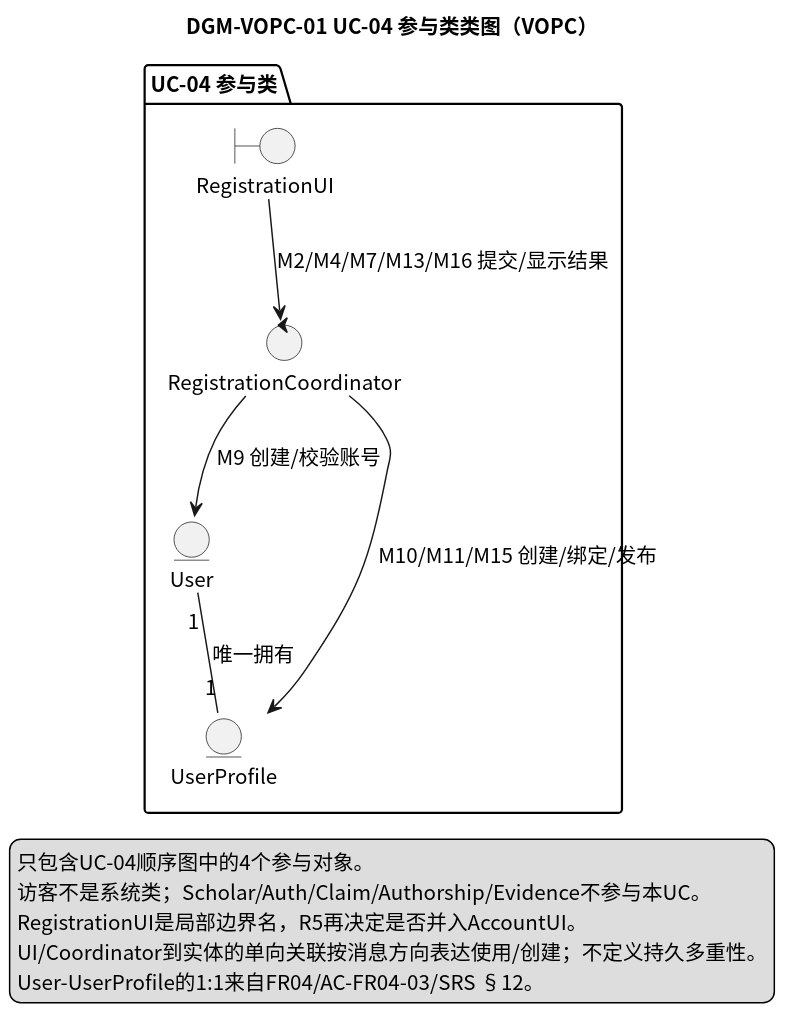
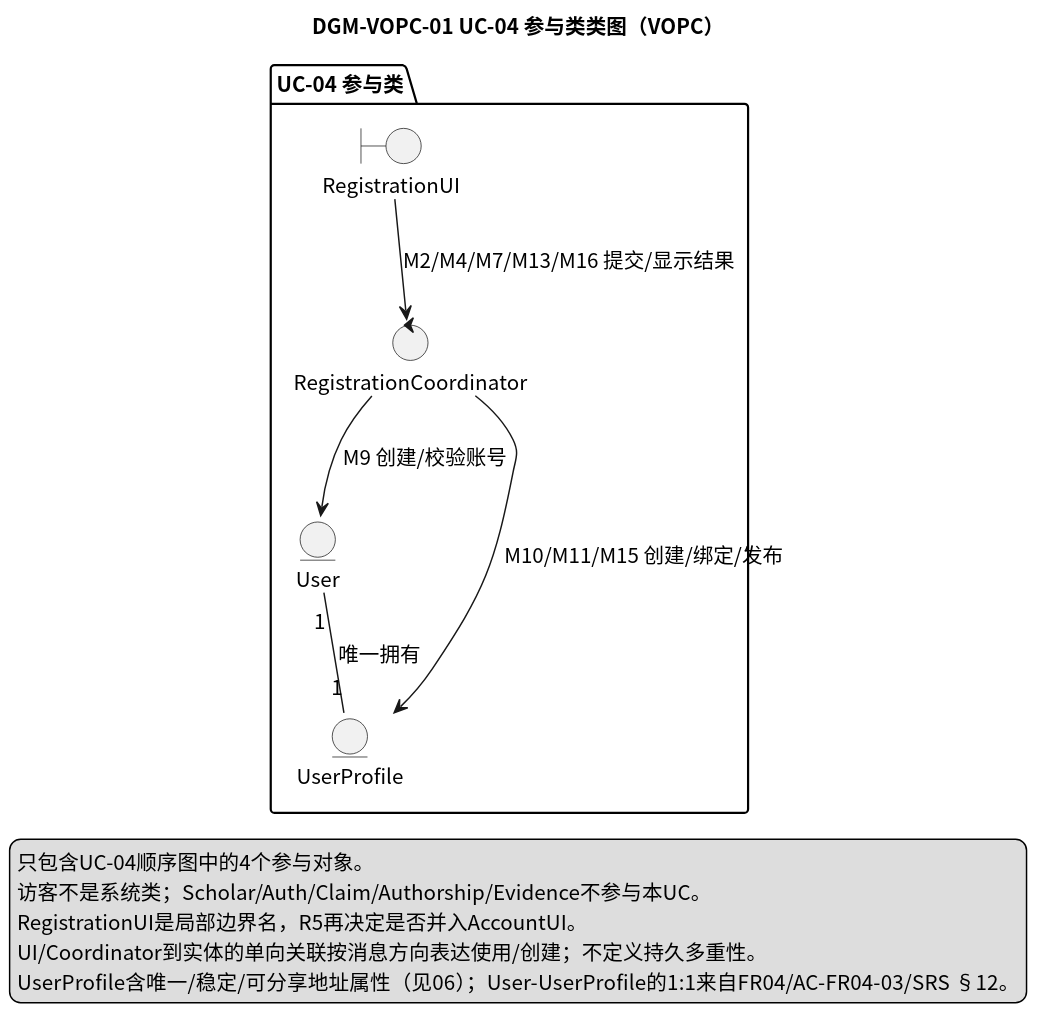
The diagram in docs/analysis/stage-02/uc-04/diagrams/DGM-VOPC-01-register.puml (CognitaNexus/CognitaNexus), drawn with PlantUML before and after one commit. The commit also changed 14 other files, not shown here.

```diff
--- a/docs/analysis/stage-02/uc-04/diagrams/DGM-VOPC-01-register.puml
+++ b/docs/analysis/stage-02/uc-04/diagrams/DGM-VOPC-01-register.puml
@@ -1,28 +1,28 @@
 @startuml
 skinparam monochrome true
 skinparam shadowing false
 skinparam defaultFontName "Noto Sans CJK SC"
 skinparam defaultFontSize 14
 skinparam dpi 150
 skinparam classAttributeIconSize 0
 hide circle
 hide empty members
 title DGM-VOPC-01 UC-04 参与类类图（VOPC）
 package "UC-04 参与类" {
   boundary "RegistrationUI" as UI
   control "RegistrationCoordinator" as Coordinator
   entity "User" as User
   entity "UserProfile" as Profile
 }
 UI --> Coordinator : M2/M4/M7/M13/M16 提交/显示结果
 Coordinator --> User : M9 创建/校验账号
 Coordinator --> Profile : M10/M11/M15 创建/绑定/发布
 User "1" -- "1" Profile : 唯一拥有
 legend right
   只包含UC-04顺序图中的4个参与对象。
   访客不是系统类；Scholar/Auth/Claim/Authorship/Evidence不参与本UC。
   RegistrationUI是局部边界名，R5再决定是否并入AccountUI。
   UI/Coordinator到实体的单向关联按消息方向表达使用/创建；不定义持久多重性。
-  User–UserProfile的1:1来自FR04/AC-FR04-03/SRS §12。
+  UserProfile含唯一/稳定/可分享地址属性（见06）；User–UserProfile的1:1来自FR04/AC-FR04-03/SRS §12。
 endlegend
 @enduml
```
